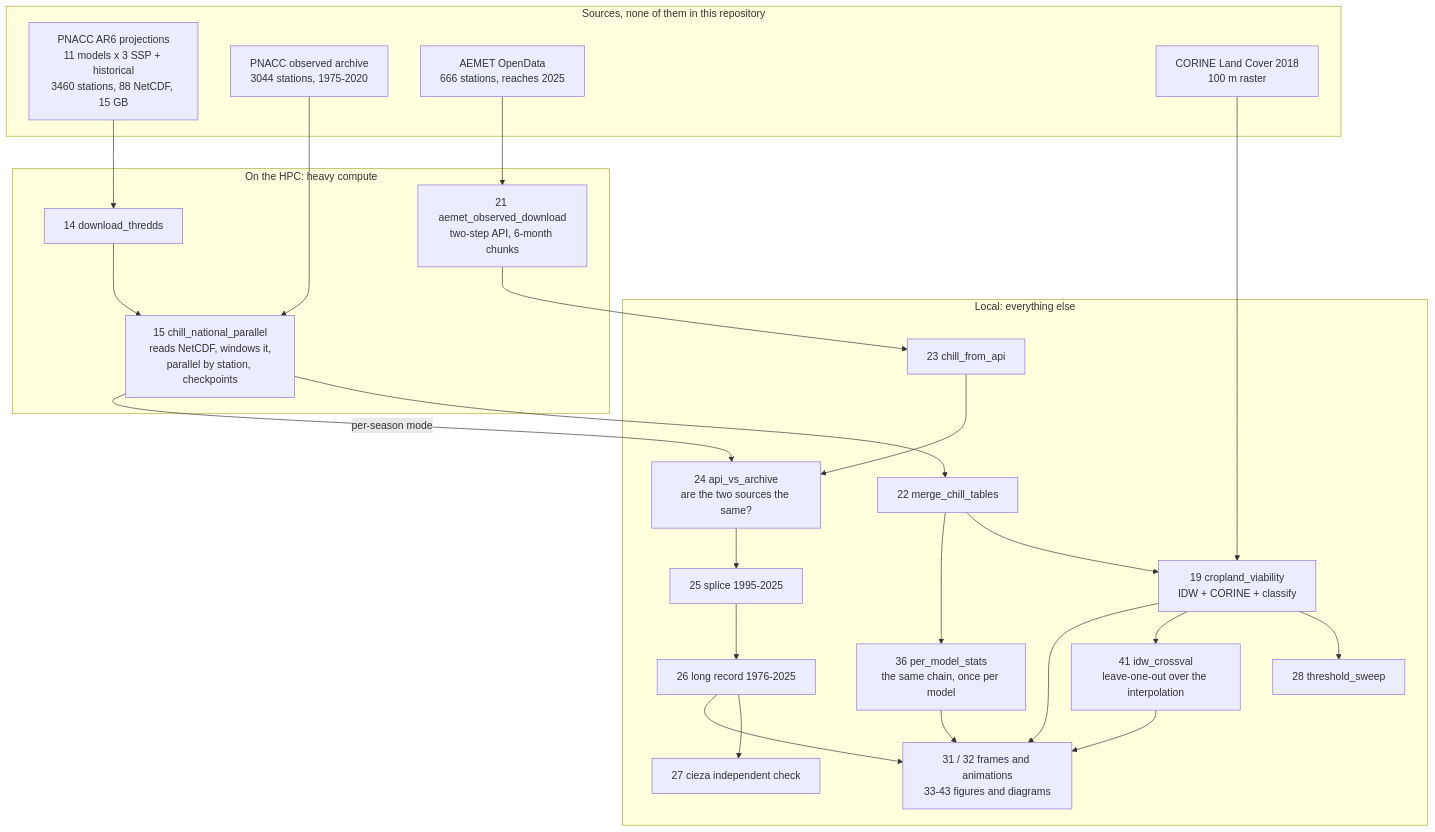
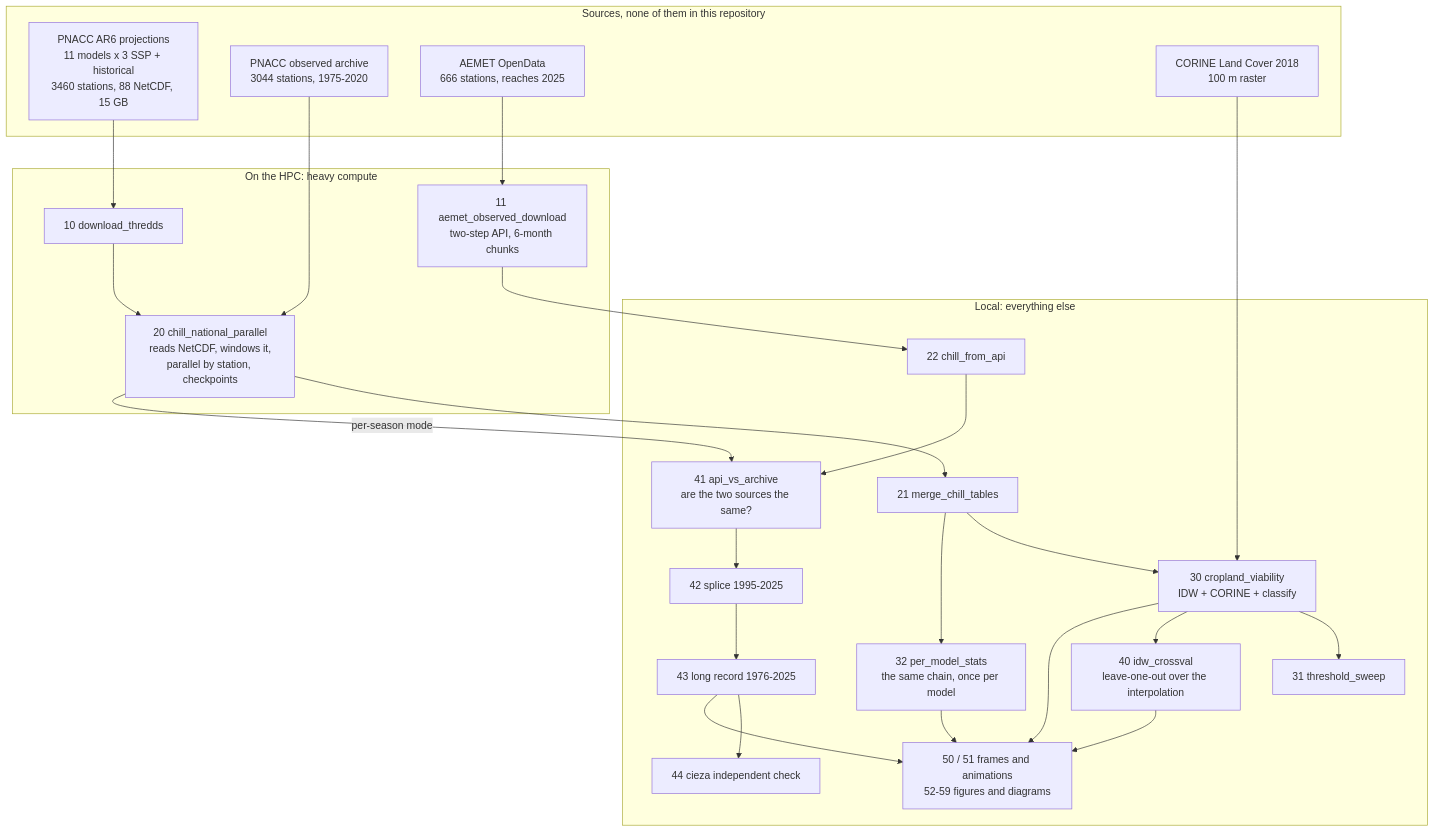
One commit to DanielGP121/plinius-apricot-winter-chill changed the first of 2 diagrams in README.md. Above: the diagram before and after it, drawn with Mermaid. The commit also changed other lines of this file and 70 other files, not shown here.

````diff
--- a/README.md
+++ b/README.md
@@ -62,42 +62,42 @@
 ```mermaid
 flowchart TD
     subgraph SRC["Sources, none of them in this repository"]
         A1["PNACC AR6 projections<br/>11 models x 3 SSP + historical<br/>3460 stations, 88 NetCDF, 15 GB"]
         A2["PNACC observed archive<br/>3044 stations, 1975-2020"]
         A3["AEMET OpenData<br/>666 stations, reaches 2025"]
         A4["CORINE Land Cover 2018<br/>100 m raster"]
     end
 
     subgraph HPC["On the HPC: heavy compute"]
-        B1["14 download_thredds"]
-        B2["15 chill_national_parallel<br/>reads NetCDF, windows it,<br/>parallel by station, checkpoints"]
-        B3["21 aemet_observed_download<br/>two-step API, 6-month chunks"]
+        B1["10 download_thredds"]
+        B2["20 chill_national_parallel<br/>reads NetCDF, windows it,<br/>parallel by station, checkpoints"]
+        B3["11 aemet_observed_download<br/>two-step API, 6-month chunks"]
     end
 
     subgraph LOC["Local: everything else"]
-        C1["22 merge_chill_tables"]
-        C2["19 cropland_viability<br/>IDW + CORINE + classify"]
-        C3["28 threshold_sweep"]
-        D1["23 chill_from_api"]
-        D2["24 api_vs_archive<br/>are the two sources the same?"]
-        D3["25 splice 1995-2025"]
-        D4["26 long record 1976-2025"]
-        D5["27 cieza independent check"]
-        C4["36 per_model_stats<br/>the same chain, once per model"]
-        C5["41 idw_crossval<br/>leave-one-out over the interpolation"]
-        E1["31 / 32 frames and animations<br/>33-43 figures and diagrams"]
+        C1["21 merge_chill_tables"]
+        C2["30 cropland_viability<br/>IDW + CORINE + classify"]
+        C3["31 threshold_sweep"]
+        D1["22 chill_from_api"]
+        D2["41 api_vs_archive<br/>are the two sources the same?"]
+        D3["42 splice 1995-2025"]
+        D4["43 long record 1976-2025"]
+        D5["44 cieza independent check"]
+        C4["32 per_model_stats<br/>the same chain, once per model"]
+        C5["40 idw_crossval<br/>leave-one-out over the interpolation"]
+        E1["50 / 51 frames and animations<br/>52-59 figures and diagrams"]
     end
 
     A1 --> B1 --> B2 --> C1 --> C2 --> C3
     A2 --> B2
     A3 --> B3 --> D1 --> D2 --> D3 --> D4
     A4 --> C2
     B2 -->|per-season mode| D2
     D4 --> D5
     C1 --> C4
     C2 --> C5
     C4 --> E1
     C5 --> E1
     C2 --> E1
     D4 --> E1
 ```
````
